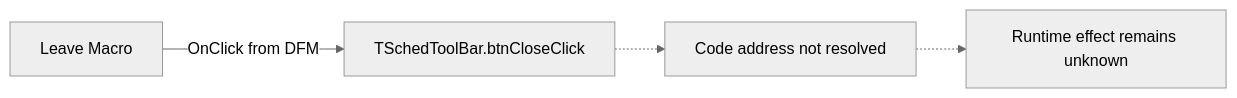
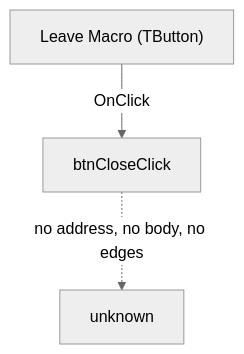
One commit to MovGP0/TIARA changed the diagram in docs/ui-controls/schedtoolbar/btnclose-118ed38ff4.md. Above: the diagram before and after it, drawn with Mermaid (neutral theme). The commit also changed other lines of this file and 106 other files, not shown here.

````diff
--- a/docs/ui-controls/schedtoolbar/btnclose-118ed38ff4.md
+++ b/docs/ui-controls/schedtoolbar/btnclose-118ed38ff4.md
@@ -37,6 +29,5 @@
 ```mermaid
-flowchart LR
-    control["Leave Macro"] -->|"OnClick from DFM"| handler["TSchedToolBar.btnCloseClick"]
-    handler -.-> gap["Code address not resolved"]
-    gap -.-> unknown["Runtime effect remains unknown"]
+flowchart TD
+    control["Leave Macro (TButton)"] -->|"OnClick"| handler["btnCloseClick"]
+    handler -.->|"no address, no body, no edges"| gone["unknown"]
 ```
````
